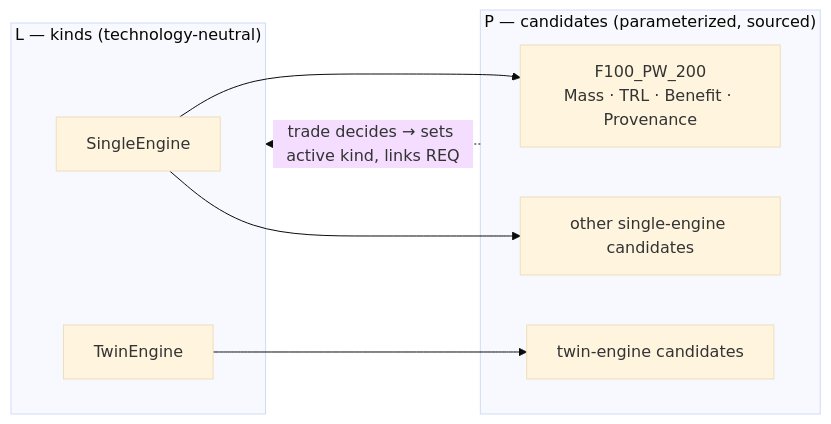
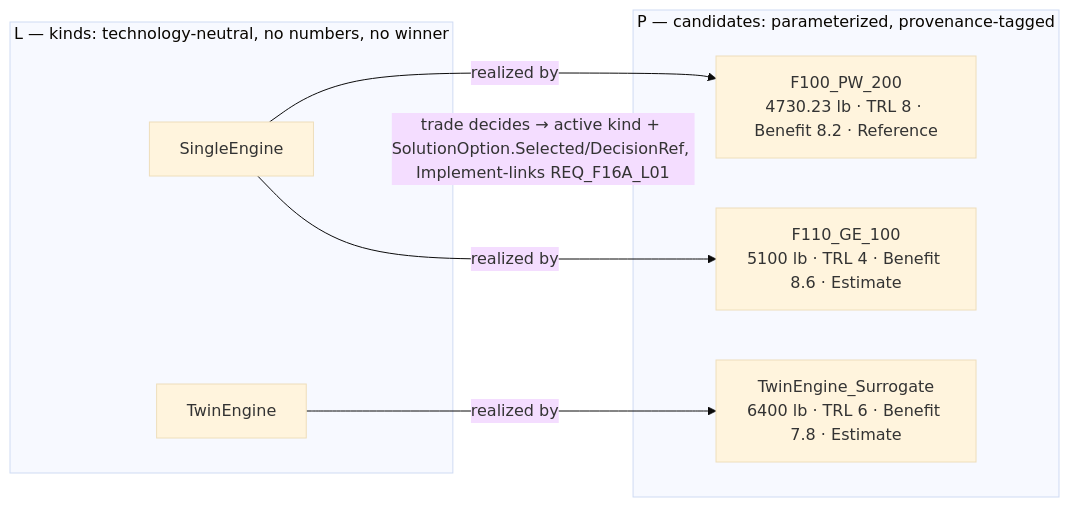
Before and after one commit to Idopt-Lab/air-vehicle-design: the diagram in air_vehicle_design/mbse/examples/f16a/docs/06_methodology.md, drawn with Mermaid (base theme). The commit also changed other lines of this file and 14 other files, not shown here.

````diff
--- a/air_vehicle_design/mbse/examples/f16a/docs/06_methodology.md
+++ b/air_vehicle_design/mbse/examples/f16a/docs/06_methodology.md
@@ -27,16 +30,16 @@
 ```mermaid
 graph LR
-  subgraph L["L — kinds (technology-neutral)"]
+  subgraph L["L — kinds: technology-neutral, no numbers, no winner"]
     K1["SingleEngine"]
     K2["TwinEngine"]
   end
-  subgraph P["P — candidates (parameterized, sourced)"]
-    C1["F100_PW_200<br/>Mass · TRL · Benefit · Provenance"]
-    C2["other single-engine candidates"]
-    C3["twin-engine candidates"]
+  subgraph P["P — candidates: parameterized, provenance-tagged"]
+    C1["F100_PW_200<br/>4730.23 lb · TRL 8 · Benefit 8.2 · Reference"]
+    C2["F110_GE_100<br/>5100 lb · TRL 4 · Benefit 8.6 · Estimate"]
+    C3["TwinEngine_Surrogate<br/>6400 lb · TRL 6 · Benefit 7.8 · Estimate"]
   end
-  K1 --> C1
-  K1 --> C2
-  K2 --> C3
-  P -. "trade decides → sets active kind, links REQ" .-> L
+  K1 -- "realized by" --> C1
+  K1 -- "realized by" --> C2
+  K2 -- "realized by" --> C3
+  P -. "trade decides → active kind + SolutionOption.Selected/DecisionRef, Implement-links REQ_F16A_L01" .-> L
 ```
````
